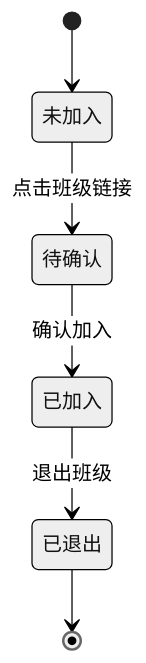
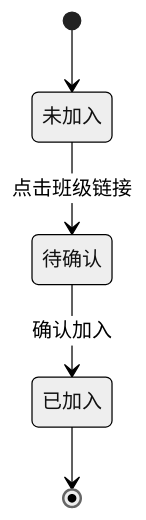
Before and after one commit to 22816523/math-kids: diagram 18 of 18 in 2-AI伴读V1.0/PRD文档/校校读吧学生端PRD_V1.0.md, drawn with Mermaid (neutral theme). The commit also changed other lines of this file and 9 other files, not shown here.

````diff
--- a/2-AI伴读V1.0/PRD文档/校校读吧学生端PRD_V1.0.md
+++ b/2-AI伴读V1.0/PRD文档/校校读吧学生端PRD_V1.0.md
@@ -880,8 +876,7 @@
 ```mermaid
 stateDiagram-v2
     [*] --> 未加入
     未加入 --> 待确认: 点击班级链接
     待确认 --> 已加入: 确认加入
-    已加入 --> 已退出: 退出班级
-    已退出 --> [*]
+    已加入 --> [*]
 ```
````
